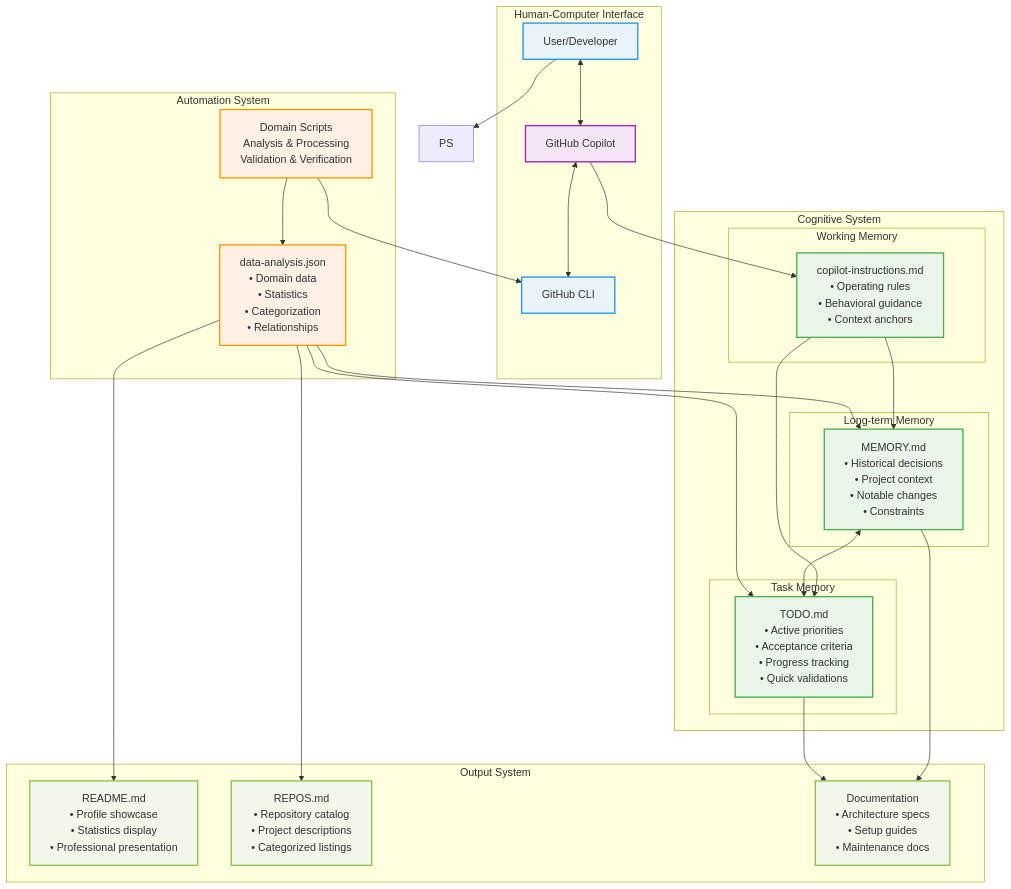
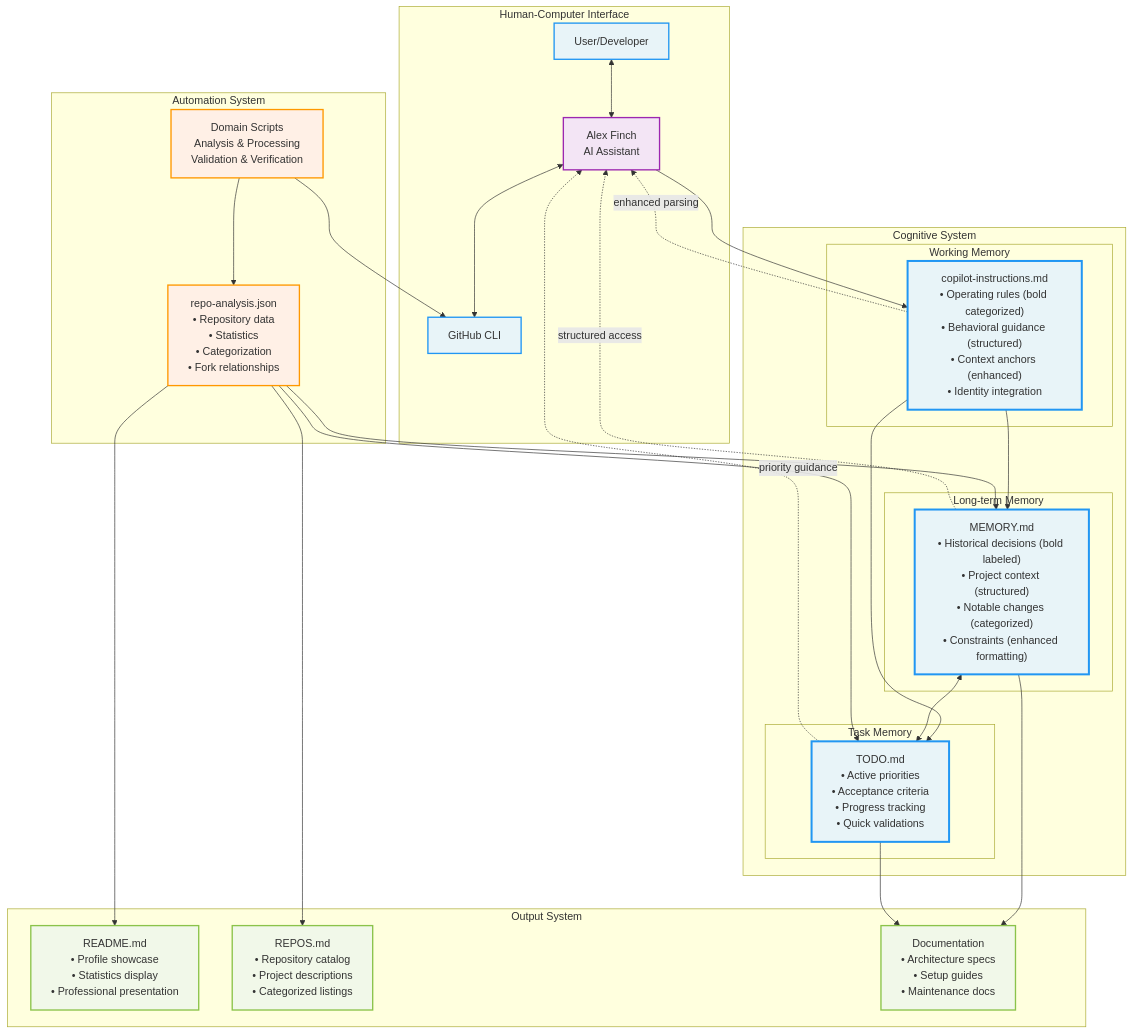
One commit to fabioc-aloha/fabioc-aloha changed the first of 5 diagrams in PAPER.md. Above: the diagram before and after it, drawn with Mermaid. The commit also changed other lines of this file and 7 other files, not shown here.

First line of the commit message:
feat: optimize cognitive architecture for enhanced AI usability

````diff
--- a/PAPER.md
+++ b/PAPER.md
@@ -610,69 +646,75 @@
 ```mermaid
 flowchart TD
   subgraph HCI ["Human-Computer Interface"]
     U[User/Developer]
-    GC[GitHub Copilot]
+    AF["Alex Finch<br/>AI Assistant"]
     CLI[GitHub CLI]
   end
 
   subgraph CS ["Cognitive System"]
     subgraph WM ["Working Memory"]
-      CI[copilot-instructions.md<br/>• Operating rules<br/>• Behavioral guidance<br/>• Context anchors]
+      CI["copilot-instructions.md<br/>• Operating rules (bold categorized)<br/>• Behavioral guidance (structured)<br/>• Context anchors (enhanced)<br/>• Identity integration"]
     end
 
     subgraph LTM ["Long-term Memory"]
-      MEM[MEMORY.md<br/>• Historical decisions<br/>• Project context<br/>• Notable changes<br/>• Constraints]
+      MEM["MEMORY.md<br/>• Historical decisions (bold labeled)<br/>• Project context (structured)<br/>• Notable changes (categorized)<br/>• Constraints (enhanced formatting)"]
     end
 
     subgraph TM ["Task Memory"]
-      TODO[TODO.md<br/>• Active priorities<br/>• Acceptance criteria<br/>• Progress tracking<br/>• Quick validations]
+      TODO["TODO.md<br/>• Active priorities<br/>• Acceptance criteria<br/>• Progress tracking<br/>• Quick validations"]
     end
   end
 
   subgraph AS ["Automation System"]
-    DS[Domain Scripts<br/>Analysis & Processing<br/>Validation & Verification]
-    JSON[data-analysis.json<br/>• Domain data<br/>• Statistics<br/>• Categorization<br/>• Relationships]
+    DS["Domain Scripts<br/>Analysis & Processing<br/>Validation & Verification"]
+    JSON["repo-analysis.json<br/>• Repository data<br/>• Statistics<br/>• Categorization<br/>• Fork relationships"]
   end
 
   subgraph OS ["Output System"]
-    README[README.md<br/>• Profile showcase<br/>• Statistics display<br/>• Professional presentation]
-    REPOS[REPOS.md<br/>• Repository catalog<br/>• Project descriptions<br/>• Categorized listings]
-    DOCS[Documentation<br/>• Architecture specs<br/>• Setup guides<br/>• Maintenance docs]
+    README["README.md<br/>• Profile showcase<br/>• Statistics display<br/>• Professional presentation"]
+    REPOS["REPOS.md<br/>• Repository catalog<br/>• Project descriptions<br/>• Categorized listings"]
+    DOCS["Documentation<br/>• Architecture specs<br/>• Setup guides<br/>• Maintenance docs"]
   end
 
   %% Human-AI Interaction
-  U <--> GC
-  GC <--> CLI
-  U --> PS
+  U <--> AF
+  AF <--> CLI
 
   %% Cognitive Flow
-  GC --> CI
+  AF --> CI
   CI --> MEM
   CI --> TODO
   MEM <--> TODO
 
   %% Automation Flow
   DS --> JSON
   DS --> CLI
   JSON --> MEM
   JSON --> TODO
 
   %% Output Generation
   JSON --> README
   JSON --> REPOS
   MEM --> DOCS
   TODO --> DOCS
 
+  %% Enhanced System Features (Recent Optimizations)
+  CI -.enhanced parsing.-> AF
+  MEM -.structured access.-> AF
+  TODO -.priority guidance.-> AF
+
   %% Styling
   classDef human fill:#e8f4f8,stroke:#2196f3,stroke-width:2px
   classDef ai fill:#f3e5f5,stroke:#9c27b0,stroke-width:2px
   classDef memory fill:#e8f5e8,stroke:#4caf50,stroke-width:2px
   classDef automation fill:#fff0e6,stroke:#ff9800,stroke-width:2px
   classDef output fill:#f1f8e9,stroke:#8bc34a,stroke-width:2px
+  classDef enhanced fill:#e8f4f8,stroke:#2196f3,stroke-width:3px
 
   class U,CLI human
-  class GC ai
+  class AF ai
   class CI,MEM,TODO memory
   class DS,JSON automation
   class README,REPOS,DOCS output
+  class CI,MEM,TODO enhanced
 ```
````
